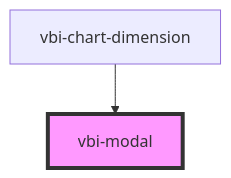
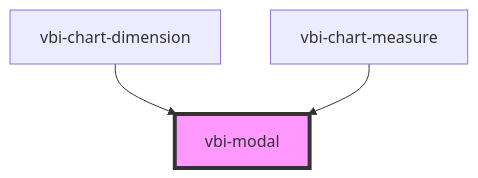
One commit to Ditto190/VBI-modme changed the diagram in packages/vbi-component/src/components/ui/vbi-modal/readme.md. Above: the diagram before and after it, drawn with Mermaid. The commit also changed other lines of this file and 17 other files, not shown here.

Commit message:
feat(chart): add vbi-chart-measure to chart shelf panel

````diff
--- a/packages/vbi-component/src/components/ui/vbi-modal/readme.md
+++ b/packages/vbi-component/src/components/ui/vbi-modal/readme.md
@@ -30,5 +31,6 @@
 ```mermaid
 graph TD;
   vbi-chart-dimension --> vbi-modal
+  vbi-chart-measure --> vbi-modal
   style vbi-modal fill:#f9f,stroke:#333,stroke-width:4px
 ```
````
